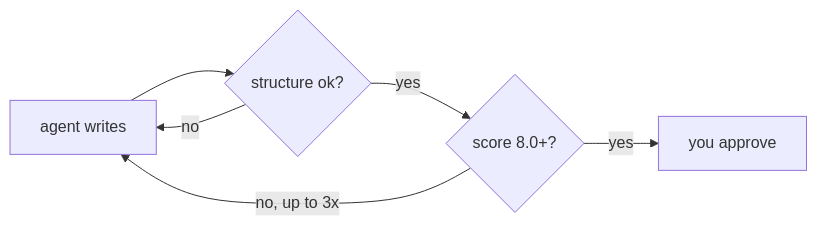
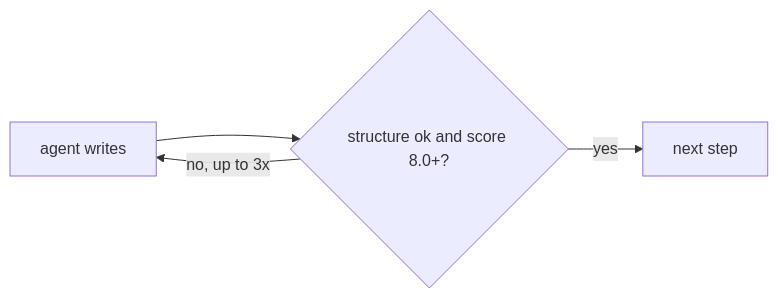
The diagram in README.md (Pierry/harness-kit), drawn with Mermaid before and after one commit. The commit also changed other lines of this file and 69 other files, not shown here.

````diff
--- a/README.md
+++ b/README.md
@@ -107,8 +57,6 @@
 ```mermaid
 flowchart LR
-    write[agent writes] --> sensor{structure ok?}
-    sensor -->|no| write
-    sensor -->|yes| eval{score 8.0+?}
-    eval -->|no, up to 3x| write
-    eval -->|yes| you[you approve]
+    write[agent writes] --> check{structure ok and score 8.0+?}
+    check -->|no, up to 3x| write
+    check -->|yes| next[next step]
 ```
````
